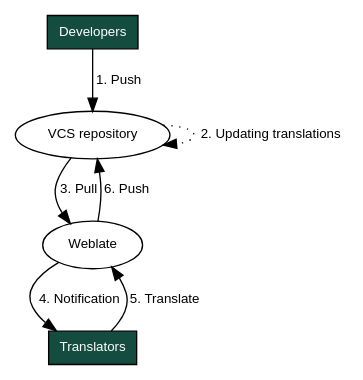
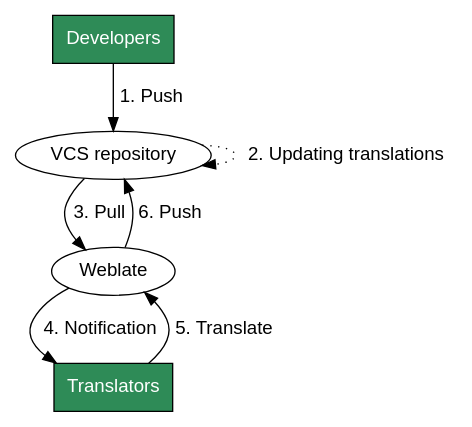
The diagram in docs/admin/continuous.rst (vendasta/weblate), drawn with Graphviz before and after one commit. The commit also changed other lines of this file and 1873 other files, not shown here.

```diff
--- a/docs/admin/continuous.rst
+++ b/docs/admin/continuous.rst
@@ -24,22 +19,22 @@
 .. graphviz::
 
     digraph translations {
-        graph [fontname = "sans-serif", fontsize=10];
-        node [fontname = "sans-serif", fontsize=10, margin=0.1, height=0];
-        edge [fontname = "sans-serif", fontsize=10];
+        graph [fontname = "sans-serif"];
+        node [fontname = "sans-serif"];
+        edge [fontname = "sans-serif"];
 
-        "Developers" [shape=box, fillcolor="#144d3f", fontcolor=white, style=filled];
-        "Translators" [shape=box, fillcolor="#144d3f", fontcolor=white, style=filled];
+        "Developers" [shape=box, fillcolor=seagreen, fontcolor=white, style=filled];
+        "Translators" [shape=box, fillcolor=seagreen, fontcolor=white, style=filled];
 
         "Developers" -> "VCS repository" [label=" 1. Push "];
 
         "VCS repository" -> "VCS repository" [label=" 2. Updating translations ", style=dotted];
 
         "VCS repository" -> "Weblate" [label=" 3. Pull "];
 
         "Weblate" -> "Translators" [label=" 4. Notification "];
 
         "Translators" -> "Weblate" [label=" 5. Translate "];
 
         "Weblate" -> "VCS repository" [label=" 6. Push "];
     }
```
